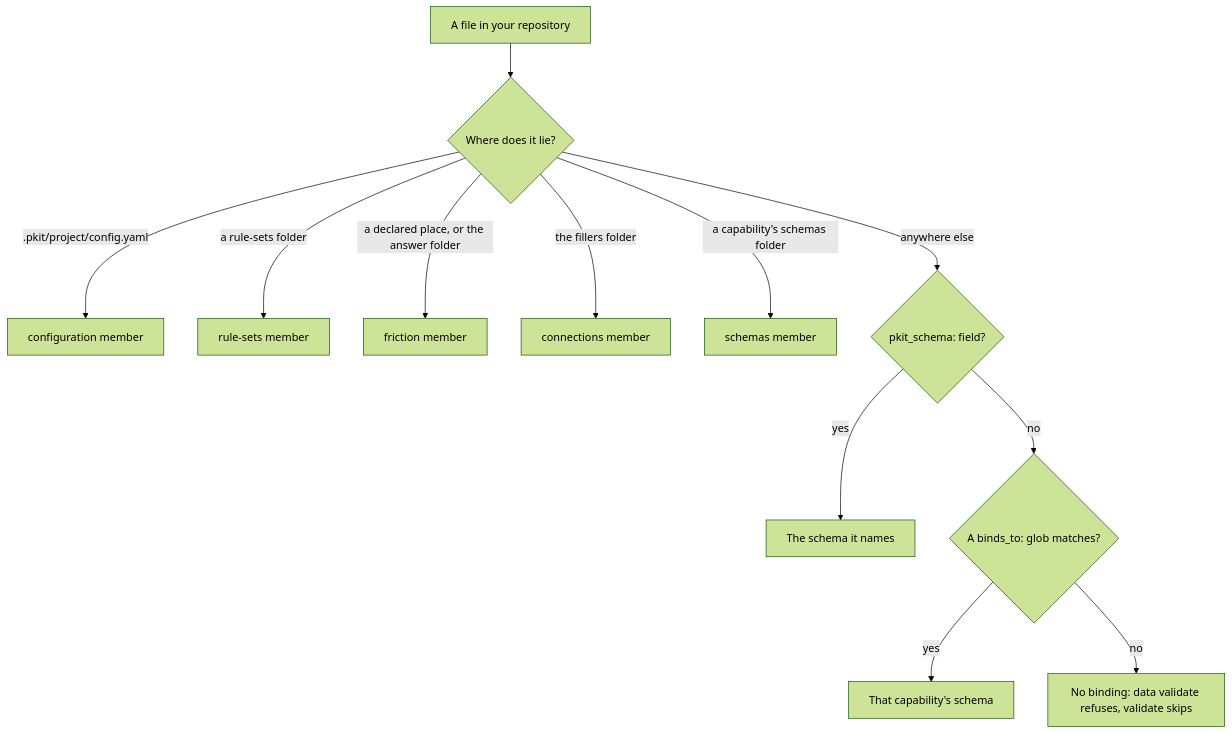
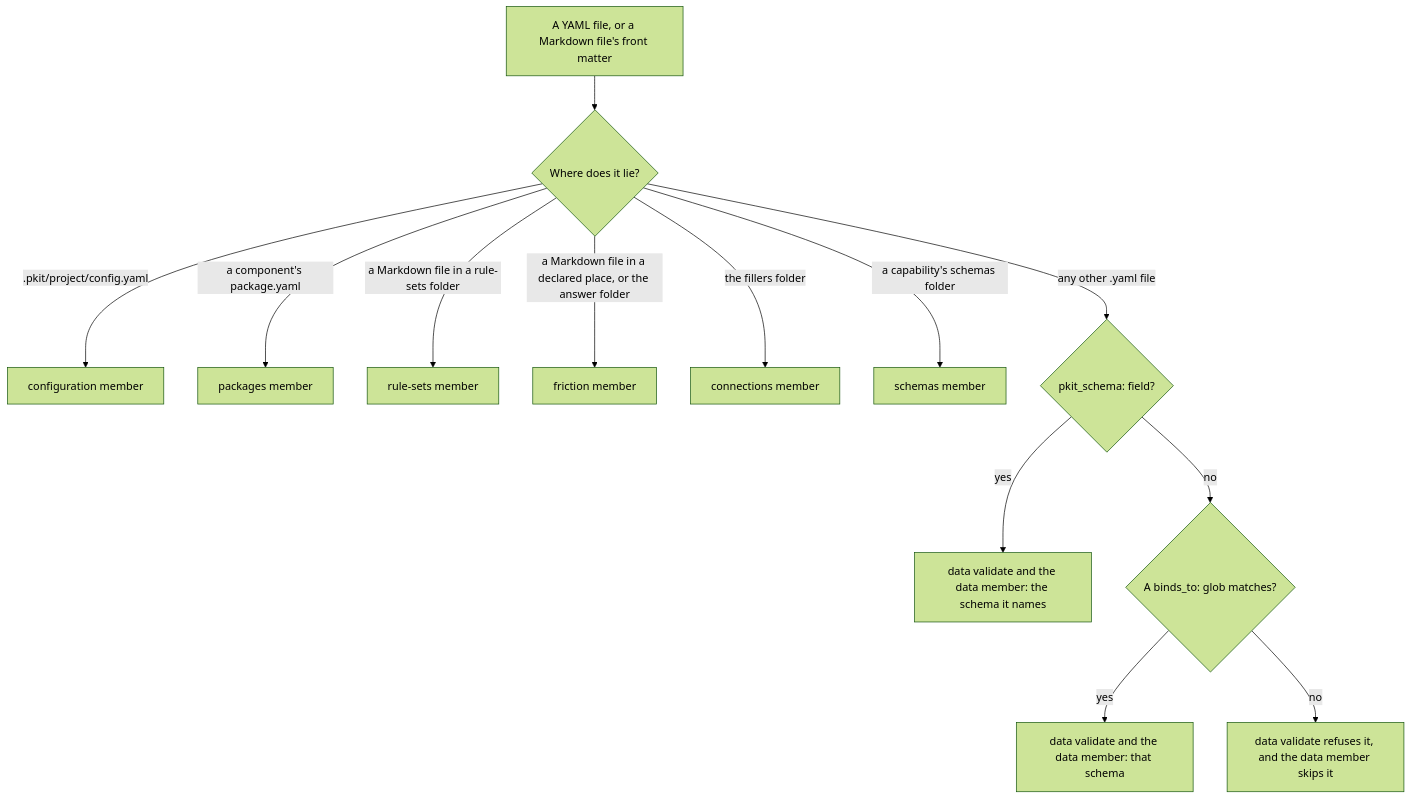
Before and after one commit to aleskalfas/project-kit: the diagram in docs/schemas/README.md, drawn with Mermaid (forest theme). The commit also changed other lines of this file and 5 other files, not shown here.

First line of the commit message:
docs: the schemas pages meet the critic's and the reader-review's findings

````diff
--- a/docs/schemas/README.md
+++ b/docs/schemas/README.md
@@ -129,16 +141,17 @@
 ```mermaid
 flowchart TD
-  accTitle: Which check reads a file
-  accDescr: A file the backbone checks is read by the member of pkit validate that owns where it lies. The configuration file at its fixed path is the configuration member's. A Markdown file in a rule-sets folder is the rule-sets member's. The front matter of a Markdown file in a declared place, and an answer file, are the friction member's. A filler file is the connections member's. A capability's own schema pair is the schemas member's. Any other YAML file is a data file. It binds to the schema its pkit_schema field names, or else to the schema whose binds_to glob matches its path. With neither, pkit data validate refuses it, and pkit validate skips it.
-  file["A file in your repository"] --> where{"Where does it lie?"}
+  accTitle: Which check judges a file
+  accDescr: A YAML file, or a Markdown file's front matter, is judged by the check that owns where it lies. The configuration file at its fixed path is the configuration member's. A component's package.yaml is the packages member's. A Markdown file in a rule-sets folder is the rule-sets member's. The front matter of a Markdown file in a declared place, and an answer file, are the friction member's. A filler file is the connections member's. A capability's own schema pair is the schemas member's. Any other .yaml file is a data file. pkit data validate and the data member judge it against the schema its pkit_schema field names, or else against the schema whose binds_to glob matches its path. With neither, pkit data validate refuses it, and the data member skips it.
+  file["A YAML file, or a Markdown file's front matter"] --> where{"Where does it lie?"}
   where -->|".pkit/project/config.yaml"| configuration["configuration member"]
-  where -->|"a rule-sets folder"| rulesets["rule-sets member"]
-  where -->|"a declared place, or the answer folder"| friction["friction member"]
+  where -->|"a component's package.yaml"| packages["packages member"]
+  where -->|"a Markdown file in a rule-sets folder"| rulesets["rule-sets member"]
+  where -->|"a Markdown file in a declared place, or the answer folder"| friction["friction member"]
   where -->|"the fillers folder"| connections["connections member"]
   where -->|"a capability's schemas folder"| schemas["schemas member"]
-  where -->|"anywhere else"| field{"pkit_schema: field?"}
-  field -->|yes| named["The schema it names"]
+  where -->|"any other .yaml file"| field{"pkit_schema: field?"}
+  field -->|yes| named["data validate and the data member: the schema it names"]
   field -->|no| glob{"A binds_to: glob matches?"}
-  glob -->|yes| matched["That capability's schema"]
-  glob -->|no| none["No binding: data validate refuses, validate skips"]
+  glob -->|yes| matched["data validate and the data member: that schema"]
+  glob -->|no| none["data validate refuses it, and the data member skips it"]
 ```
````
